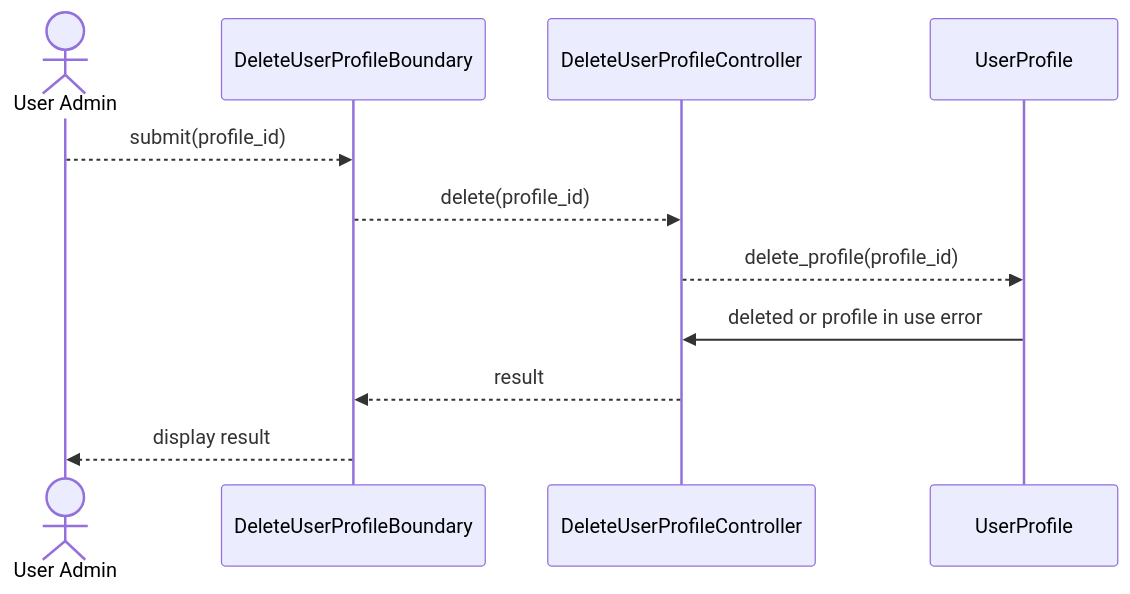
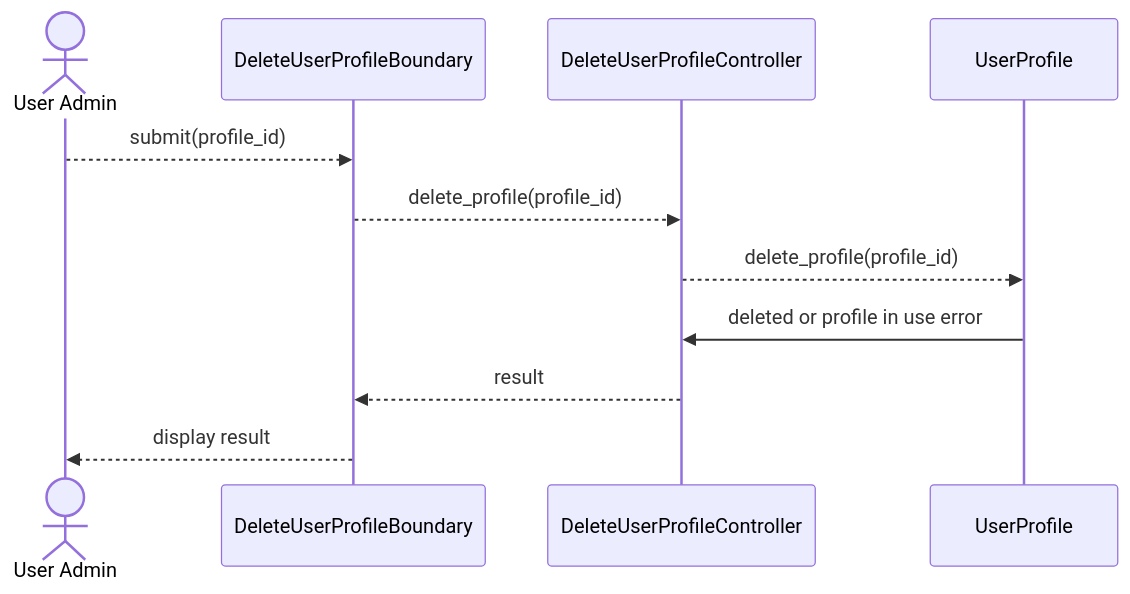
The second of 2 diagrams in diagrams/US49_Delete_User_Profile/README.md (boyinapuddle/CSIT314-Chinese), drawn with Mermaid before and after one commit. The commit also changed other lines of this file and 140 other files, not shown here.

````diff
--- a/diagrams/US49_Delete_User_Profile/README.md
+++ b/diagrams/US49_Delete_User_Profile/README.md
@@ -20,13 +20,13 @@
 ```mermaid
 sequenceDiagram
     actor P0 as User Admin
     participant P1 as DeleteUserProfileBoundary
     participant P2 as DeleteUserProfileController
     participant P3 as UserProfile
     P0-->>P1: submit(profile_id)
-    P1-->>P2: delete(profile_id)
+    P1-->>P2: delete_profile(profile_id)
     P2-->>P3: delete_profile(profile_id)
     P3->>P2: deleted or profile in use error
     P2-->>P1: result
     P1-->>P0: display result
 ```
````
